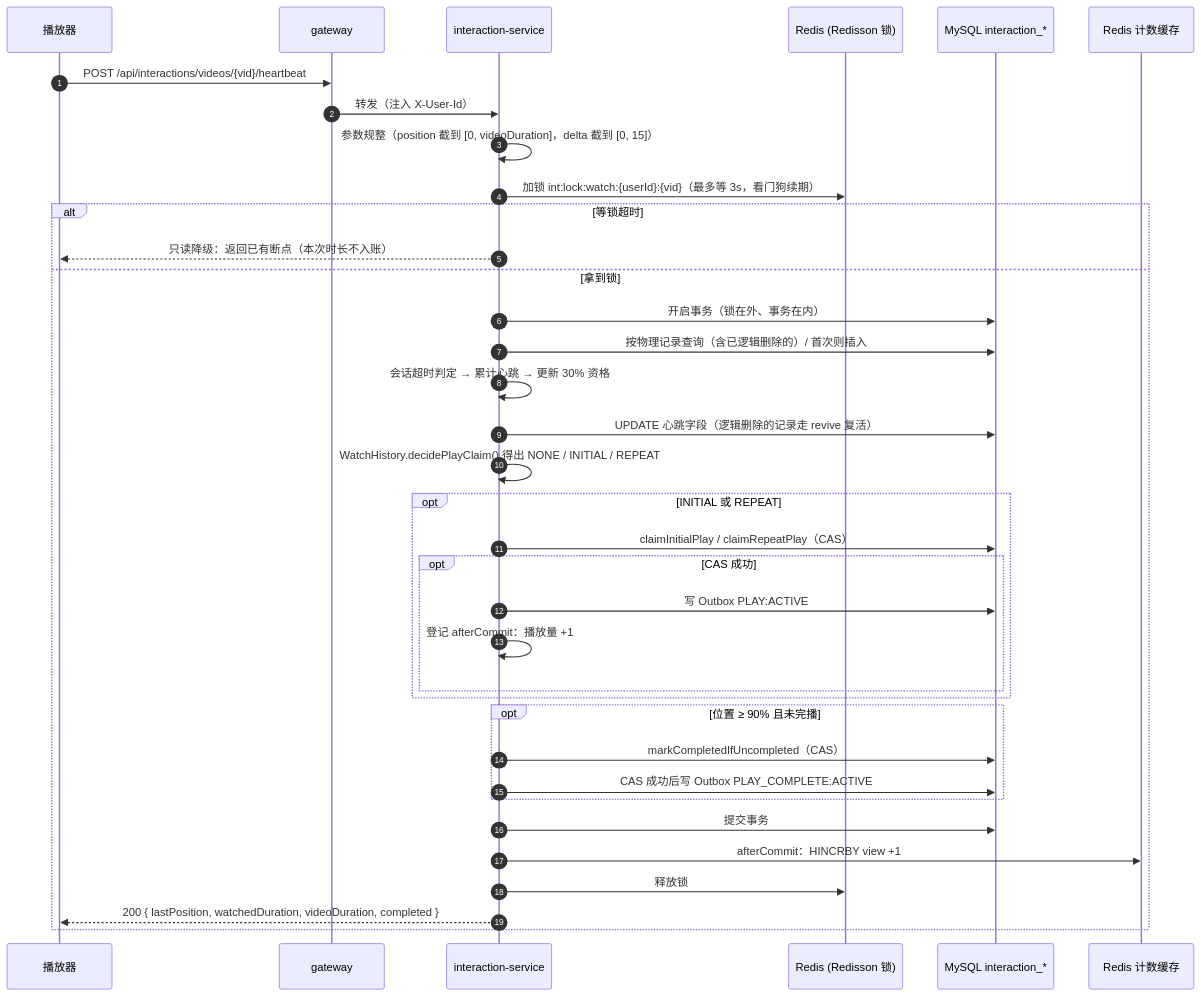
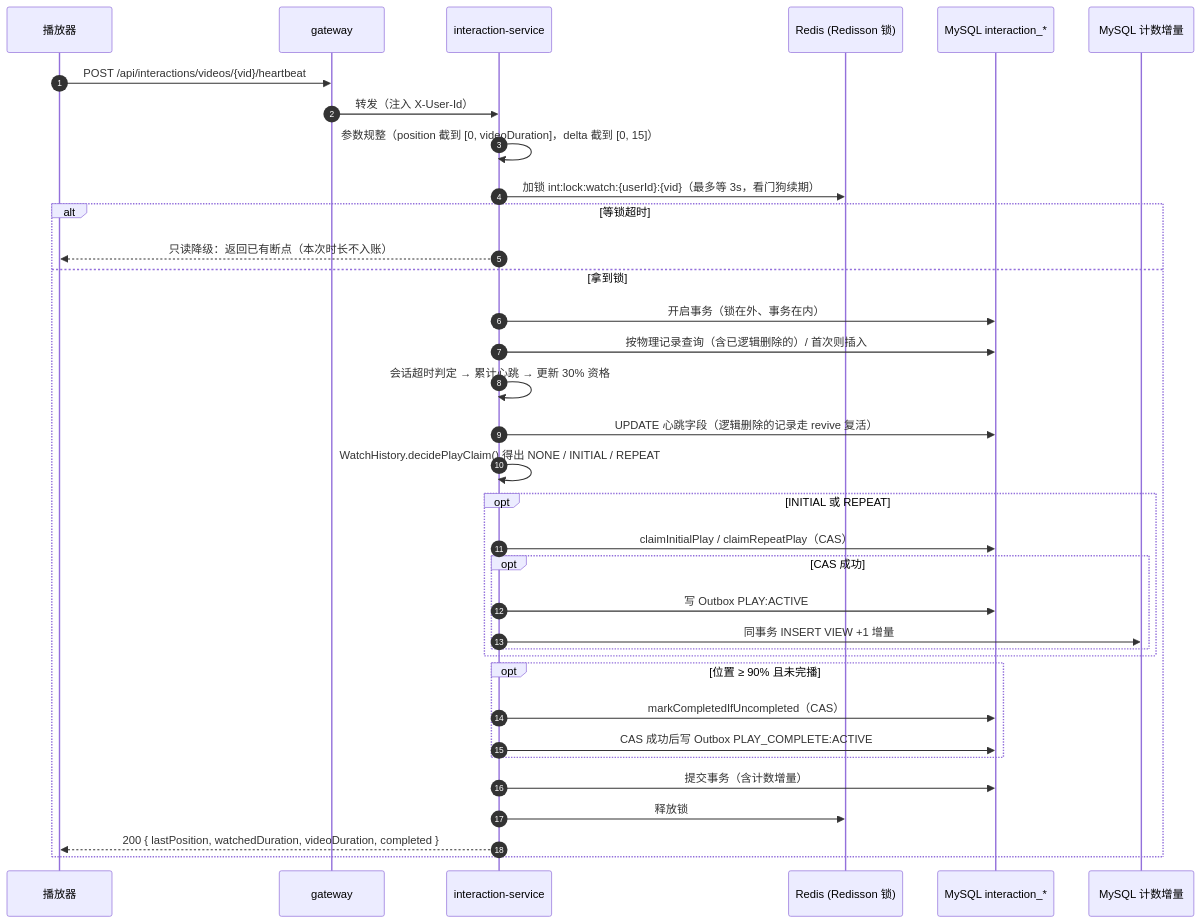
Before and after one commit to fank-c/media-platform-rebuild: the first of 2 diagrams in docs/modules/interaction.md, drawn with Mermaid. The commit also changed other lines of this file and 55 other files, not shown here.

````diff
--- a/docs/modules/interaction.md
+++ b/docs/modules/interaction.md
@@ -75,39 +159,38 @@
 ```mermaid
 sequenceDiagram
     autonumber
     participant App as 播放器
     participant GW as gateway
     participant IS as interaction-service
     participant Lock as Redis (Redisson 锁)
     participant DB as MySQL interaction_*
-    participant Cnt as Redis 计数缓存
+    participant Cnt as MySQL 计数增量
 
     App->>GW: POST /api/interactions/videos/{vid}/heartbeat
     GW->>IS: 转发（注入 X-User-Id）
     IS->>IS: 参数规整（position 截到 [0, videoDuration]，delta 截到 [0, 15]）
     IS->>Lock: 加锁 int:lock:watch:{userId}:{vid}（最多等 3s，看门狗续期）
     alt 等锁超时
         IS-->>App: 只读降级：返回已有断点（本次时长不入账）
     else 拿到锁
         IS->>DB: 开启事务（锁在外、事务在内）
         IS->>DB: 按物理记录查询（含已逻辑删除的）/ 首次则插入
         IS->>IS: 会话超时判定 → 累计心跳 → 更新 30% 资格
         IS->>DB: UPDATE 心跳字段（逻辑删除的记录走 revive 复活）
         IS->>IS: WatchHistory.decidePlayClaim() 得出 NONE / INITIAL / REPEAT
         opt INITIAL 或 REPEAT
             IS->>DB: claimInitialPlay / claimRepeatPlay（CAS）
             opt CAS 成功
                 IS->>DB: 写 Outbox PLAY:ACTIVE
-                IS->>IS: 登记 afterCommit：播放量 +1
+                IS->>Cnt: 同事务 INSERT VIEW +1 增量
             end
         end
         opt 位置 ≥ 90% 且未完播
             IS->>DB: markCompletedIfUncompleted（CAS）
             IS->>DB: CAS 成功后写 Outbox PLAY_COMPLETE:ACTIVE
         end
-        IS->>DB: 提交事务
-        IS->>Cnt: afterCommit：HINCRBY view +1
+        IS->>DB: 提交事务（含计数增量）
         IS->>Lock: 释放锁
         IS-->>App: 200 { lastPosition, watchedDuration, videoDuration, completed }
     end
 ```
````
